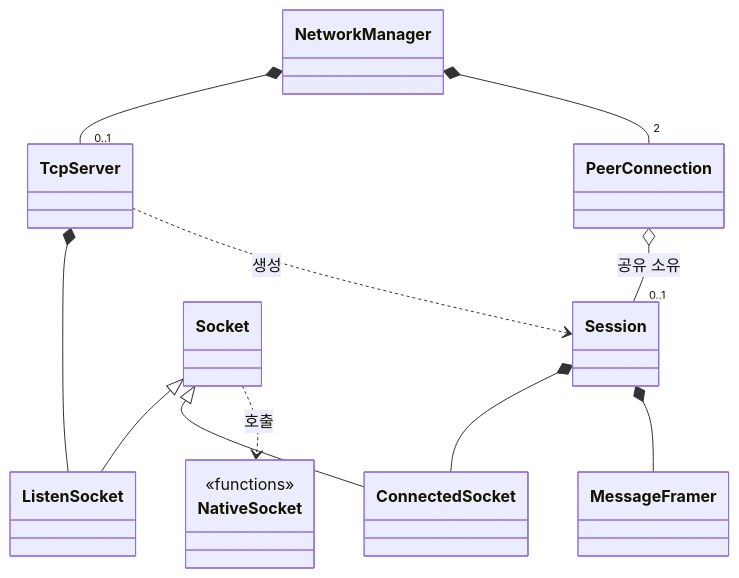
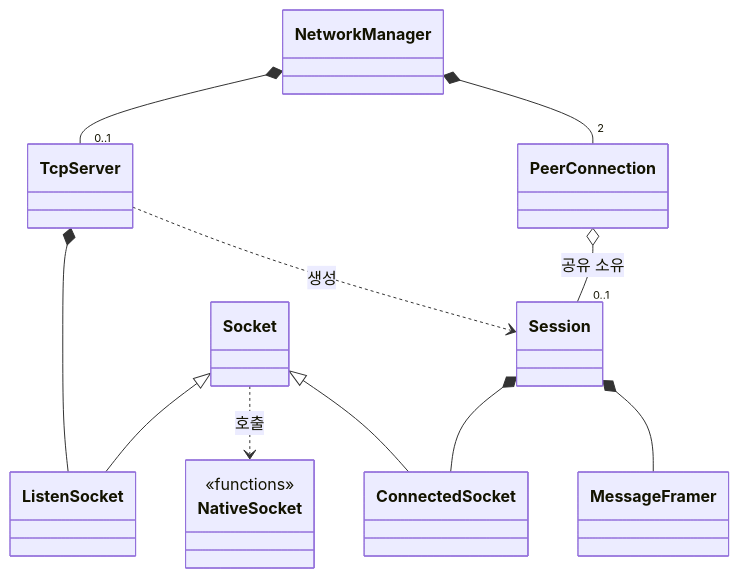
Before and after one commit to AESAlien/aesa-processor: the first of 3 diagrams in src/comm/README.md, drawn with Mermaid. The commit also changed other lines of this file and 57 other files, not shown here.

First line of the commit message:
refactor: 트랙 도메인 책임 정리와 모듈 다이어그램 보강 (#152)

````diff
--- a/src/comm/README.md
+++ b/src/comm/README.md
@@ -36,18 +38,18 @@
 ```mermaid
 classDiagram
     direction TB
     class NativeSocket {
         <<functions>>
     }
 
     NetworkManager *-- "0..1" TcpServer
     NetworkManager *-- "2" PeerConnection
     PeerConnection o-- "0..1" Session : 공유 소유
     TcpServer *-- ListenSocket
     TcpServer ..> Session : 생성
     Session *-- ConnectedSocket
     Session *-- MessageFramer
     Socket <|-- ListenSocket
+    Socket ..> NativeSocket : 호출
     Socket <|-- ConnectedSocket
-    Socket ..> NativeSocket : 호출
 ```
````
